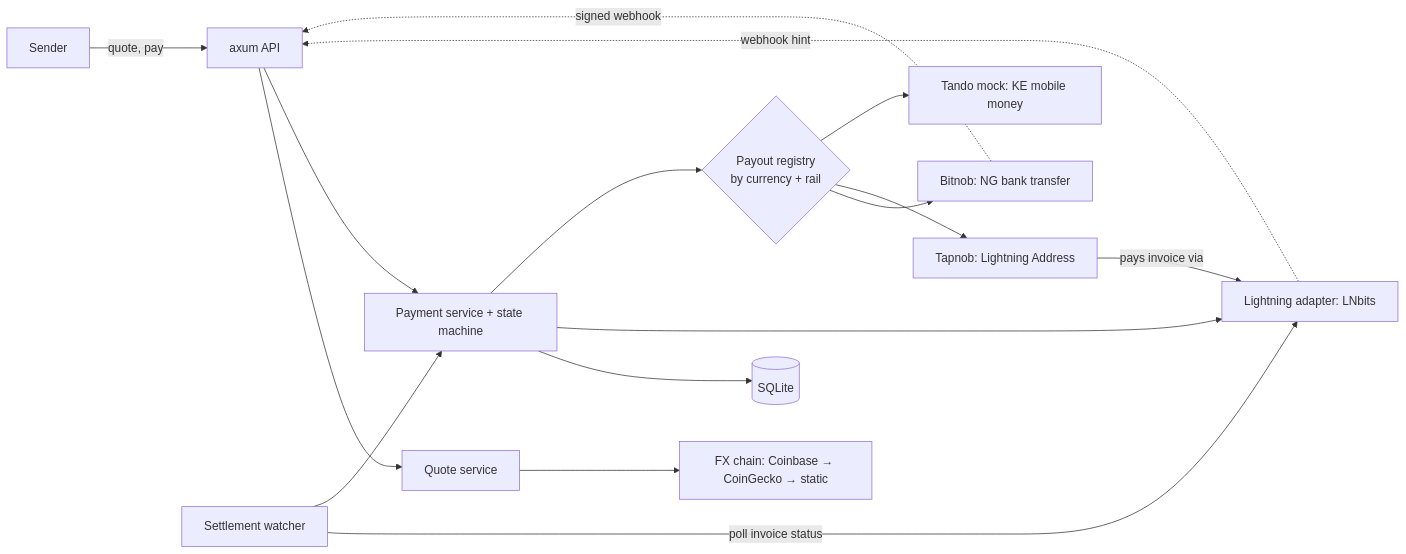
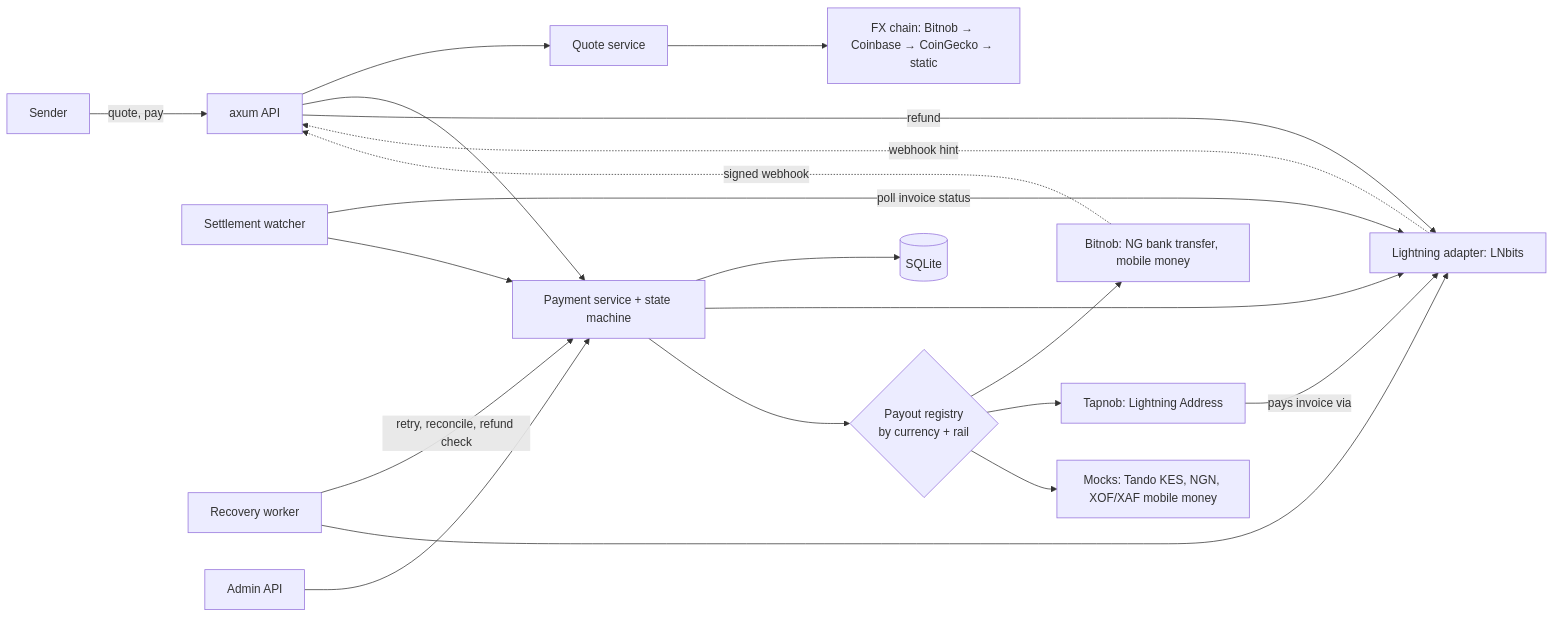
The diagram in docs/implementation-status.md (Manuel1234477/satsbridge), drawn with Mermaid before and after one commit. The commit also changed other lines of this file and 8 other files, not shown here.

````diff
--- a/docs/implementation-status.md
+++ b/docs/implementation-status.md
@@ -25,18 +25,22 @@
 ```mermaid
 flowchart LR
     S[Sender] -->|quote, pay| API[axum API]
     API --> Q[Quote service]
-    Q --> FX[FX chain: Coinbase → CoinGecko → static]
+    Q --> FX[FX chain: Bitnob → Coinbase → CoinGecko → static]
     API --> P[Payment service + state machine]
     P --> DB[(SQLite)]
     P --> LN[Lightning adapter: LNbits]
     LN -. webhook hint .-> API
     W[Settlement watcher] -->|poll invoice status| LN
     W --> P
     P --> R{Payout registry<br/>by currency + rail}
-    R --> BN[Bitnob: NG bank transfer]
+    R --> BN[Bitnob: NG bank transfer, mobile money]
     R --> TP[Tapnob: Lightning Address]
-    R --> TD[Tando mock: KE mobile money]
+    R --> MK[Mocks: Tando KES, NGN, XOF/XAF mobile money]
     BN -. signed webhook .-> API
     TP -->|pays invoice via| LN
+    RW[Recovery worker] -->|retry, reconcile, refund check| P
+    RW --> LN
+    A[Admin API] --> P
+    API -->|refund| LN
 ```
````
